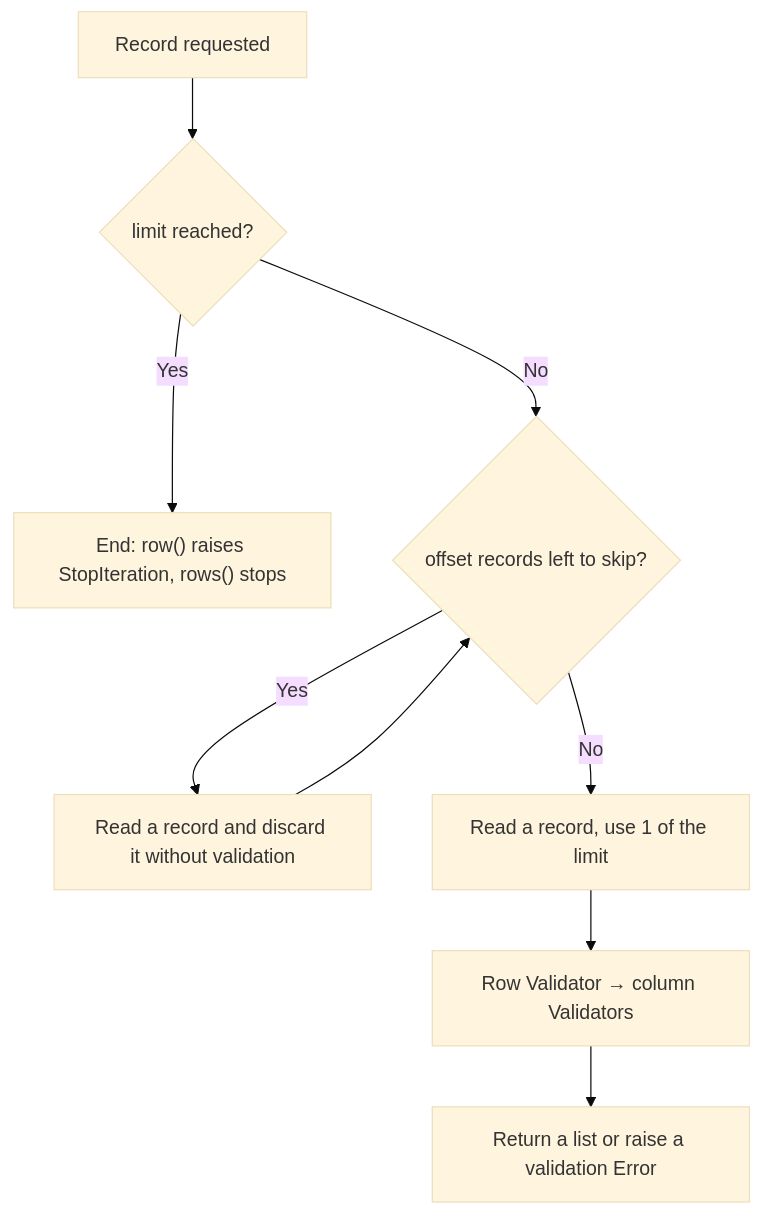
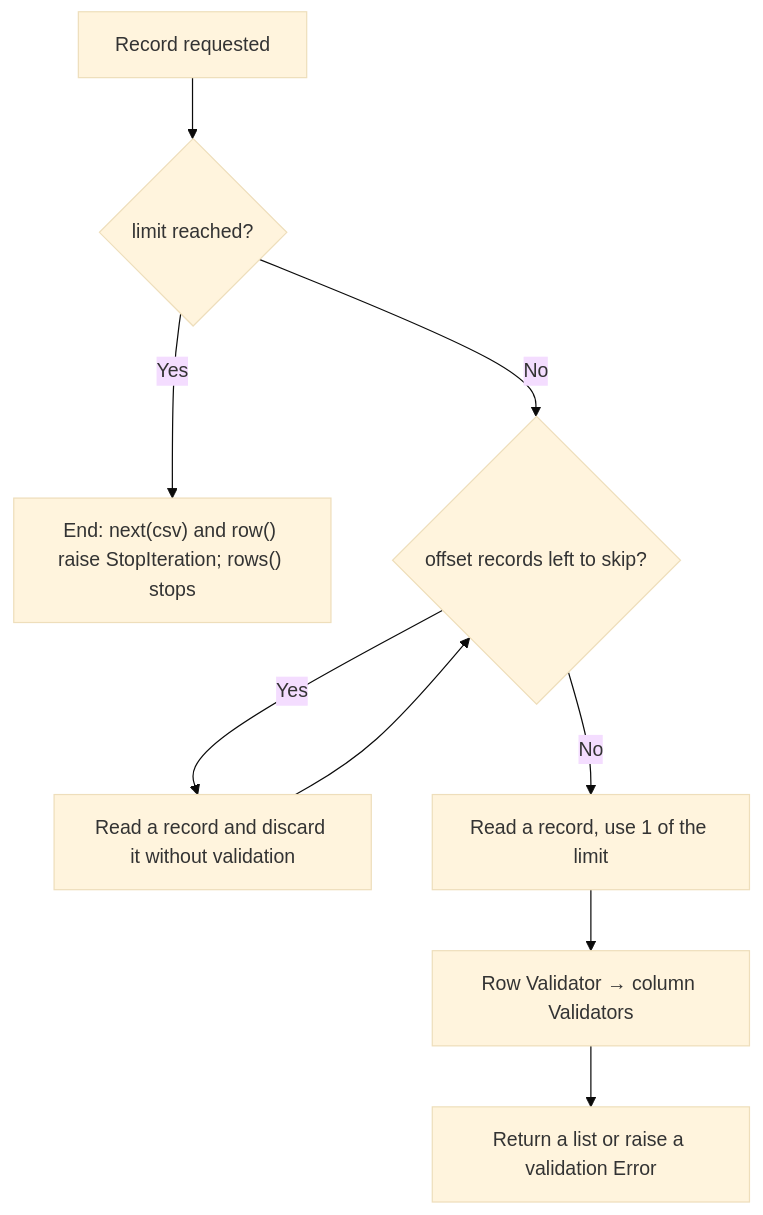
Before and after one commit to yong5eon/csvd2c: the second of 4 diagrams in docs/README.en.md, drawn with Mermaid (base theme). The commit also changed other lines of this file and 16 other files, not shown here.

````diff
--- a/docs/README.en.md
+++ b/docs/README.en.md
@@ -149,10 +149,10 @@
 ```mermaid
 flowchart TD
   A["Record requested"] --> B{"limit reached?"}
-  B -- Yes --> C["End: row() raises StopIteration, rows() stops"]
+  B -- Yes --> C["End: next(csv) and row() raise StopIteration; rows() stops"]
   B -- No --> D{"offset records left to skip?"}
   D -- Yes --> E["Read a record and discard it without validation"] --> D
   D -- No --> F["Read a record, use 1 of the limit"]
   F --> G["Row Validator → column Validators"]
   G --> H["Return a list or raise a validation Error"]
 ```
````
